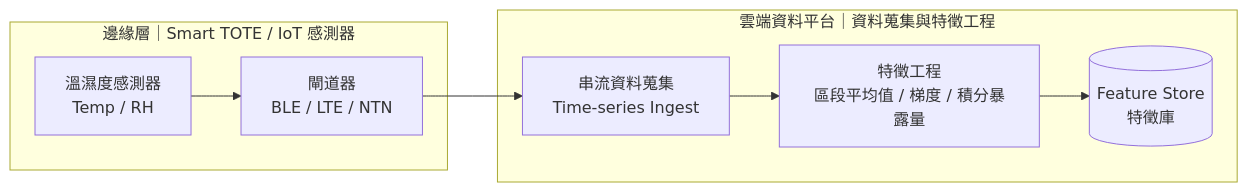
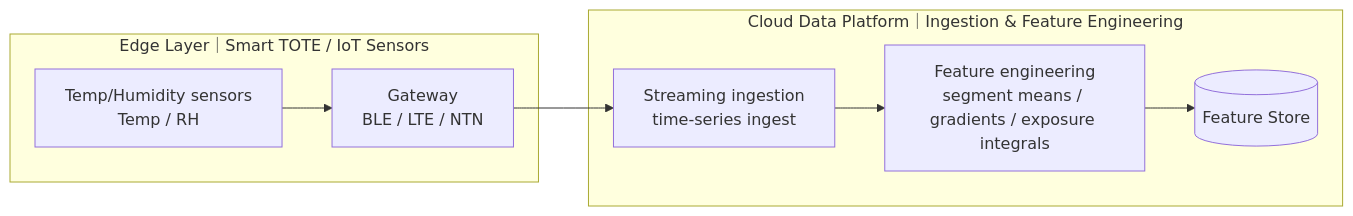
One commit to jshuo/ai-moea-proposal changed the fifth of 10 diagrams in proposal/ItracXing-Arviem-Taiwan-MOEA-Subsidy-Application.md. Above: the diagram before and after it, drawn with Mermaid. The commit also changed other lines of this file and 1 other file, not shown here.

Commit message:
Refactor diagrams and text for clarity and consistency in the AI Application Acceleration Program proposal

````diff
--- a/proposal/ItracXing-Arviem-Taiwan-MOEA-Subsidy-Application.md
+++ b/proposal/ItracXing-Arviem-Taiwan-MOEA-Subsidy-Application.md
@@ -745,21 +745,21 @@
 ```mermaid
 flowchart LR
-  %% 上游：邊緣層與雲端資料平台（以「特徵庫」為連接點）
+  %% Upstream: Edge + Cloud (Feature Store as the handoff point)
 
-  subgraph EDGE["邊緣層｜Smart TOTE / IoT 感測器"]
-    T_SENSOR[溫濕度感測器<br/>Temp / RH ]
-    T_GATEWAY[閘道器<br/>BLE / LTE / NTN]
+  subgraph EDGE["Edge Layer｜Smart TOTE / IoT Sensors"]
+    T_SENSOR[Temp/Humidity sensors<br/>Temp / RH]
+    T_GATEWAY[Gateway<br/>BLE / LTE / NTN]
   end
 
-  subgraph INGEST["雲端資料平台｜資料蒐集與特徵工程"]
-    T_STREAM[串流資料蒐集<br/>Time-series Ingest]
-    T_FEATURE[特徵工程<br/>區段平均值 / 梯度 / 積分暴露量]
-    T_STORE[(Feature Store<br/>特徵庫)]
+  subgraph INGEST["Cloud Data Platform｜Ingestion & Feature Engineering"]
+    T_STREAM[Streaming ingestion<br/>time-series ingest]
+    T_FEATURE[Feature engineering<br/>segment means / gradients / exposure integrals]
+    T_STORE[(Feature Store)]
   end
 
-  %% Data flow (上游)
+  %% Data flow (upstream)
   T_SENSOR --> T_GATEWAY
   T_GATEWAY --> T_STREAM
   T_STREAM --> T_FEATURE
   T_FEATURE --> T_STORE
 ```
````
